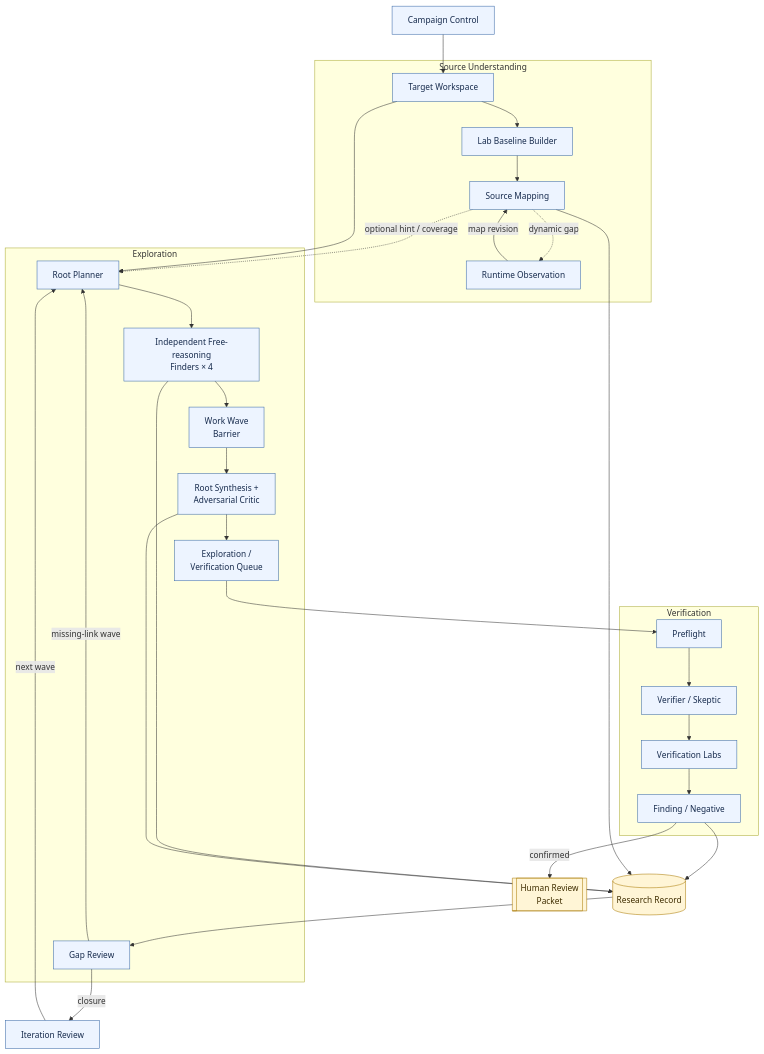
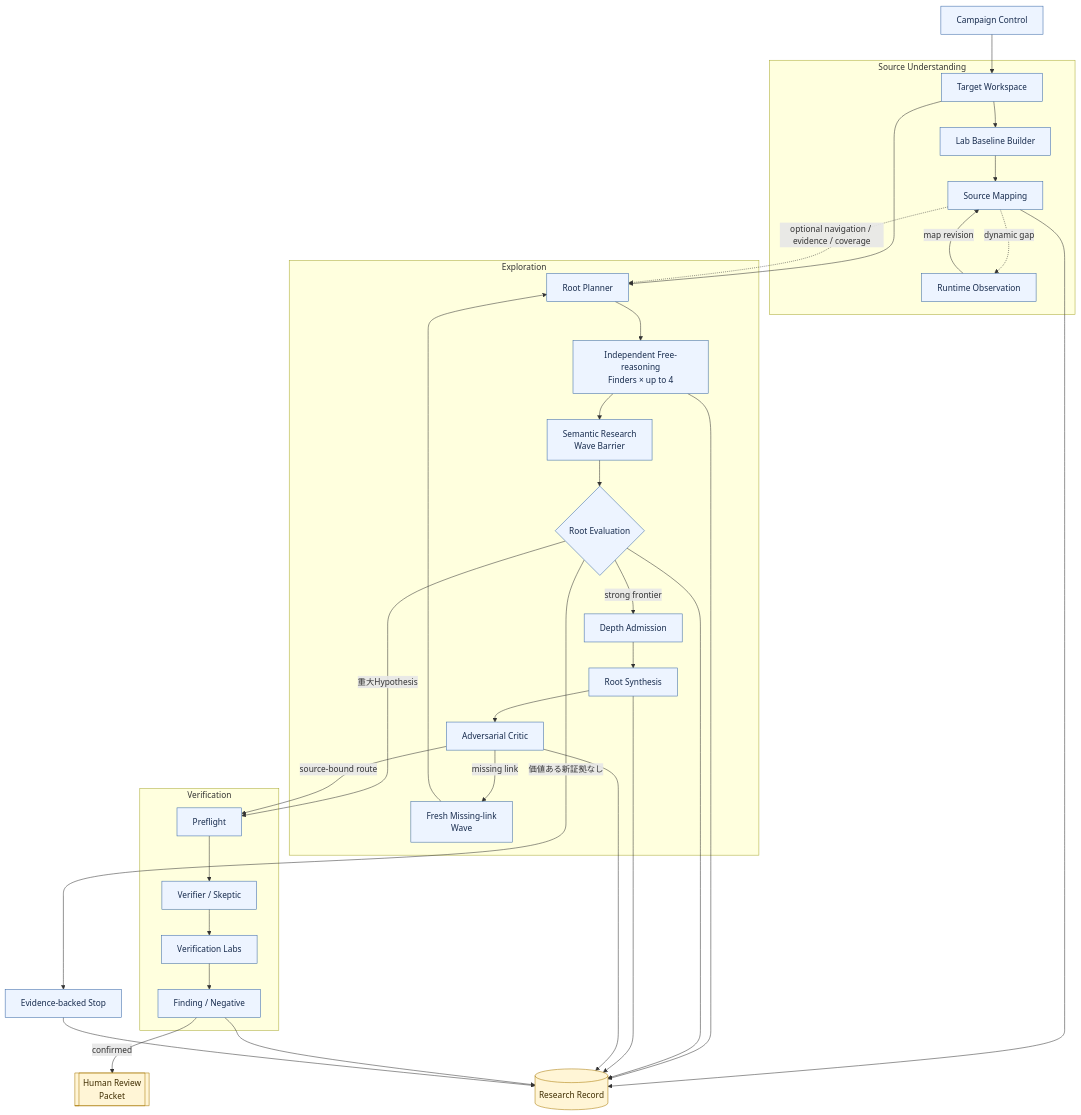
One commit to momoponwork1415-lgtm/wordpress-harness changed the second of 3 diagrams in docs/design/architecture/architecture-overview.md. Above: the diagram before and after it, drawn with Mermaid. The commit also changed other lines of this file, not shown here.

Commit message:
Show semantic research and conditional depth escalation

````diff
--- a/docs/design/architecture/architecture-overview.md
+++ b/docs/design/architecture/architecture-overview.md
@@ -53,55 +53,62 @@
 ```mermaid
 flowchart TB
     campaign["Campaign Control"]
 
     subgraph understanding["Source Understanding"]
         workspace["Target Workspace"]
         baseline["Lab Baseline Builder"]
         mapping["Source Mapping"]
         observation["Runtime Observation"]
         workspace --> baseline --> mapping
         mapping -. "dynamic gap" .-> observation
         observation -->|"map revision"| mapping
     end
 
     subgraph discovery["Exploration"]
         planner["Root Planner"]
-        finders["Independent Free-reasoning<br/>Finders × 4"]
-        barrier["Work Wave<br/>Barrier"]
-        chain["Root Synthesis +<br/>Adversarial Critic"]
-        queue["Exploration /<br/>Verification Queue"]
-        gaps["Gap Review"]
-        planner --> finders --> barrier --> chain --> queue
-        gaps -->|"missing-link wave"| planner
+        finders["Independent Free-reasoning<br/>Finders × up to 4"]
+        barrier["Semantic Research<br/>Wave Barrier"]
+        evaluate{"Root Evaluation"}
+        admission["Depth Admission"]
+        synthesis["Root Synthesis"]
+        critic["Adversarial Critic"]
+        missing["Fresh Missing-link<br/>Wave"]
+
+        planner --> finders --> barrier --> evaluate
+        evaluate -->|"strong frontier"| admission --> synthesis --> critic
+        critic -->|"missing link"| missing --> planner
     end
 
     subgraph proof["Verification"]
         preflight["Preflight"]
         verifier["Verifier / Skeptic"]
         labs["Verification Labs"]
         finding["Finding / Negative"]
         preflight --> verifier --> labs --> finding
     end
 
+    stop["Evidence-backed Stop"]
     record[("Research Record")]
-    iteration["Iteration Review"]
     review[["Human Review<br/>Packet"]]
 
     campaign --> workspace
-    mapping -. "optional hint / coverage" .-> planner
     workspace --> planner
-    queue --> preflight
-    finding --> record
+    mapping -. "optional navigation / evidence / coverage" .-> planner
+    evaluate -->|"重大Hypothesis"| preflight
+    evaluate -->|"価値ある新証拠なし"| stop
+    critic -->|"source-bound route"| preflight
+
     mapping --> record
     finders --> record
-    chain --> record
-    record --> gaps
-    gaps -->|"closure"| iteration
-    iteration -->|"next wave"| planner
+    evaluate --> record
+    synthesis --> record
+    critic --> record
+    finding --> record
+    stop --> record
     finding -->|"confirmed"| review
 
     classDef context fill:#edf4ff,stroke:#3767a6,color:#172b4d;
     classDef durable fill:#fff5d6,stroke:#a87800,color:#3f2d00;
-    class campaign,workspace,baseline,mapping,observation,planner,finders,barrier,chain,queue,gaps,preflight,verifier,labs,finding,iteration context;
+    class campaign,workspace,baseline,mapping,observation,planner,finders,barrier,evaluate,admission,synthesis,critic,missing,preflight,verifier,labs,finding,stop context;
     class record,review durable;
 ```
````
